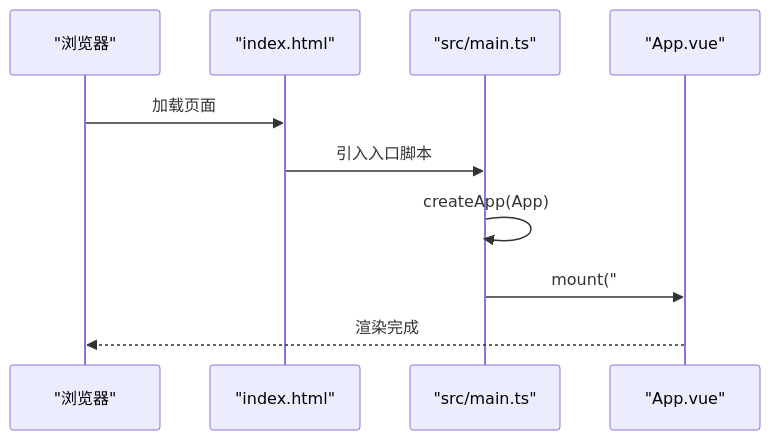
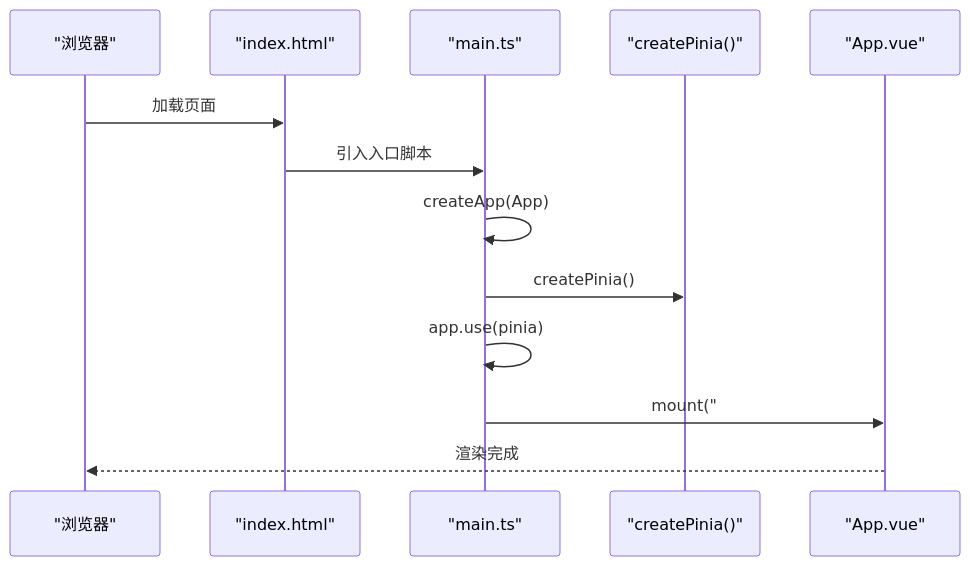
The third of 8 diagrams in .qoder/repowiki/zh/content/架构设计/前端架构.md (LStkTrail/easy-trade-assistant), drawn with Mermaid before and after one commit. The commit also changed other lines of this file and 780 other files, not shown here.

````diff
--- a/.qoder/repowiki/zh/content/架构设计/前端架构.md
+++ b/.qoder/repowiki/zh/content/架构设计/前端架构.md
@@ -169,12 +151,15 @@
 ```mermaid
 sequenceDiagram
 participant Browser as "浏览器"
 participant HTML as "index.html"
-participant Main as "src/main.ts"
+participant Main as "main.ts"
+participant Pinia as "createPinia()"
 participant App as "App.vue"
 Browser->>HTML : 加载页面
 HTML->>Main : 引入入口脚本
 Main->>Main : createApp(App)
+Main->>Pinia : createPinia()
+Main->>Main : app.use(pinia)
 Main->>App : mount("#app")
 App-->>Browser : 渲染完成
 ```
````
